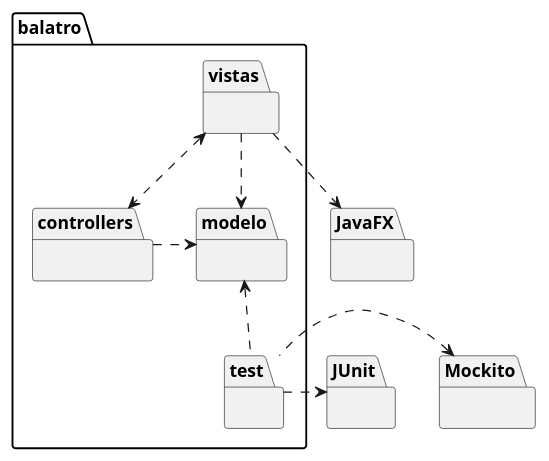
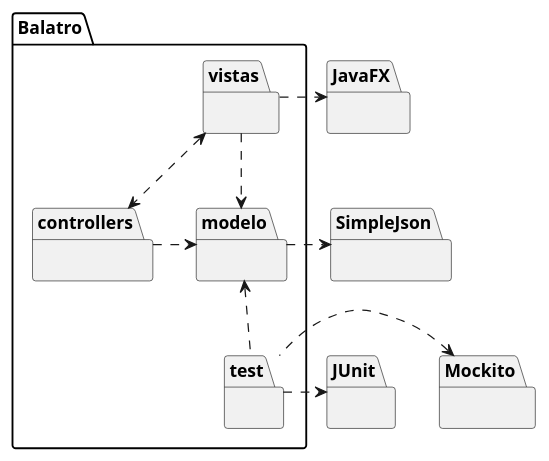
The diagram in diagrams/packages/paquete_modelo_dependencias.plantuml (Zokalyx/Balatro), drawn with PlantUML before and after one commit.

Commit message:
Agregar simple json a diagrama de paquetes

```diff
--- a/diagrams/packages/paquete_modelo_dependencias.plantuml
+++ b/diagrams/packages/paquete_modelo_dependencias.plantuml
@@ -1,33 +1,37 @@
 @startuml
 
-package balatro.controllers {
+package Balatro.controllers {
 }
 
-package balatro.modelo {
+package Balatro.modelo {
 }
 
-package balatro.vistas {
+package Balatro.vistas {
 }
 
 package JavaFX {
 }
 
-package balatro.test {
+package Balatro.test {
 }
 
 package JUnit {
 }
 
 package Mockito {
 }
 
-balatro.vistas ..> JavaFX
-balatro.vistas <..> balatro.controllers
-balatro.vistas ..> balatro.modelo
-balatro.controllers .> balatro.modelo
+package SimpleJson {
+}
 
-balatro.modelo <.. balatro.test
-balatro.test .> JUnit
-Mockito <. balatro.test
+Balatro.vistas .> JavaFX
+Balatro.vistas <..> Balatro.controllers
+Balatro.vistas ..> Balatro.modelo
+Balatro.controllers .> Balatro.modelo
+
+Balatro.modelo .> SimpleJson
+Balatro.modelo <.. Balatro.test
+Balatro.test .> JUnit
+Mockito <. Balatro.test
 
 @enduml
```
